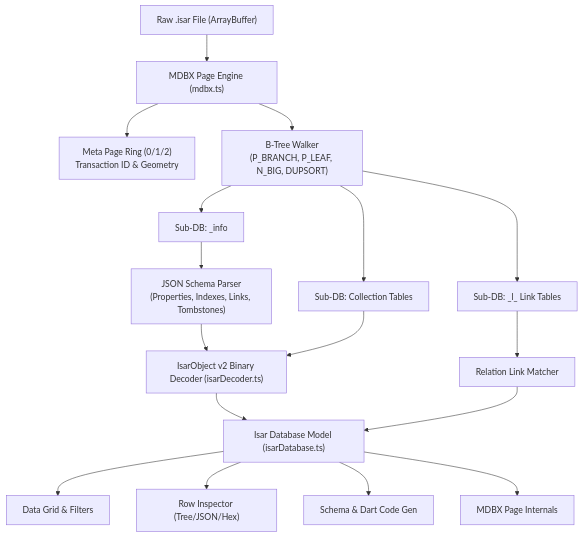
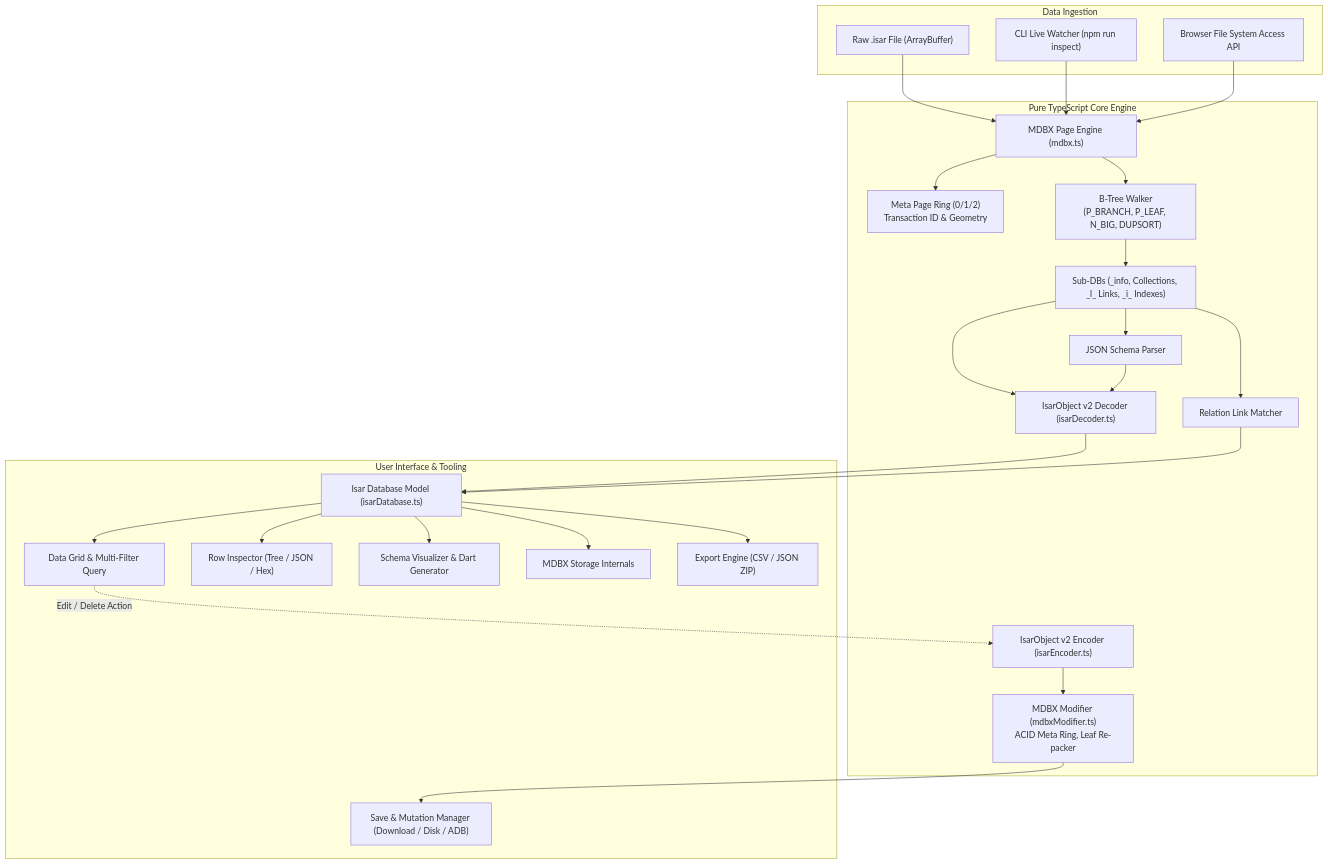
Before and after one commit to algavania/isar-viewer: the diagram in README.md, drawn with Mermaid. The commit also changed other lines of this file, not shown here.

Commit message:
docs: update README to reflect latest editor, export, and MDBX repacker features

````diff
--- a/README.md
+++ b/README.md
@@ -77,23 +94,55 @@
 ```mermaid
 flowchart TD
-    A["Raw .isar File (ArrayBuffer)"] --> B["MDBX Page Engine (mdbx.ts)"]
-    B --> C["Meta Page Ring (0/1/2)<br/>Transaction ID & Geometry"]
-    B --> D["B-Tree Walker<br/>(P_BRANCH, P_LEAF, N_BIG, DUPSORT)"]
-    
-    D --> E["Sub-DB: _info"]
-    D --> F["Sub-DB: Collection Tables"]
-    D --> G["Sub-DB: _l_ Link Tables"]
-    
-    E --> H["JSON Schema Parser<br/>(Properties, Indexes, Links, Tombstones)"]
-    H --> I["IsarObject v2 Binary Decoder (isarDecoder.ts)"]
-    F --> I
-    G --> J["Relation Link Matcher"]
-    
-    I --> K["Isar Database Model (isarDatabase.ts)"]
+    subgraph Ingestion ["Data Ingestion"]
+        A["Raw .isar File (ArrayBuffer)"]
+        CLI["CLI Live Watcher (npm run inspect)"]
+        FSA["Browser File System Access API"]
+    end
+
+    subgraph Core ["Pure TypeScript Core Engine"]
+        B["MDBX Page Engine (mdbx.ts)"]
+        C["Meta Page Ring (0/1/2)<br/>Transaction ID & Geometry"]
+        D["B-Tree Walker<br/>(P_BRANCH, P_LEAF, N_BIG, DUPSORT)"]
+        E["Sub-DBs (_info, Collections, _l_ Links, _i_ Indexes)"]
+        
+        H["JSON Schema Parser"]
+        I["IsarObject v2 Decoder (isarDecoder.ts)"]
+        J["Relation Link Matcher"]
+        
+        ENC["IsarObject v2 Encoder (isarEncoder.ts)"]
+        MDBX_MOD["MDBX Modifier (mdbxModifier.ts)<br/>ACID Meta Ring, Leaf Re-packer"]
+    end
+
+    subgraph UI ["User Interface & Tooling"]
+        K["Isar Database Model (isarDatabase.ts)"]
+        L["Data Grid & Multi-Filter Query"]
+        M["Row Inspector (Tree / JSON / Hex)"]
+        N["Schema Visualizer & Dart Generator"]
+        O["MDBX Storage Internals"]
+        P["Export Engine (CSV / JSON ZIP)"]
+        Q["Save & Mutation Manager (Download / Disk / ADB)"]
+    end
+
+    A --> B
+    CLI --> B
+    FSA --> B
+    B --> C
+    B --> D
+    D --> E
+    E --> H
+    E --> I
+    E --> J
+    H --> I
+    I --> K
     J --> K
-    
-    K --> L["Data Grid & Filters"]
-    K --> M["Row Inspector (Tree/JSON/Hex)"]
-    K --> N["Schema & Dart Code Gen"]
-    K --> O["MDBX Page Internals"]
+
+    K --> L
+    K --> M
+    K --> N
+    K --> O
+    K --> P
+
+    L -.->|Edit / Delete Action| ENC
+    ENC --> MDBX_MOD
+    MDBX_MOD --> Q
 ```
````
